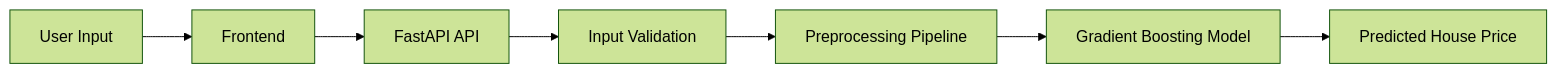
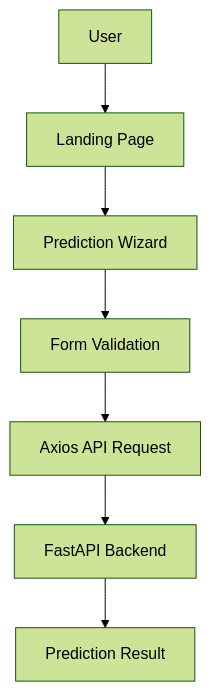
The eighth of 10 diagrams in README.md (Vedansh1011/Smart-House-Price-Prediction), drawn with Mermaid (forest theme) before and after one commit. The commit also changed other lines of this file and 46 other files, not shown here.

````diff
--- a/README.md
+++ b/README.md
@@ -165,24 +1608,24 @@
 ```mermaid
-flowchart LR
+flowchart TD
 
-A[User Input]
+A["User"]
 
-B[Frontend]
+B["Landing Page"]
 
-C[FastAPI API]
+C["Prediction Wizard"]
 
-D[Input Validation]
+D["Form Validation"]
 
-E[Preprocessing Pipeline]
+E["Axios API Request"]
 
-F[Gradient Boosting Model]
+F["FastAPI Backend"]
 
-G[Predicted House Price]
+G["Prediction Result"]
 
 A --> B
 B --> C
 C --> D
 D --> E
 E --> F
 F --> G
 ```
````
